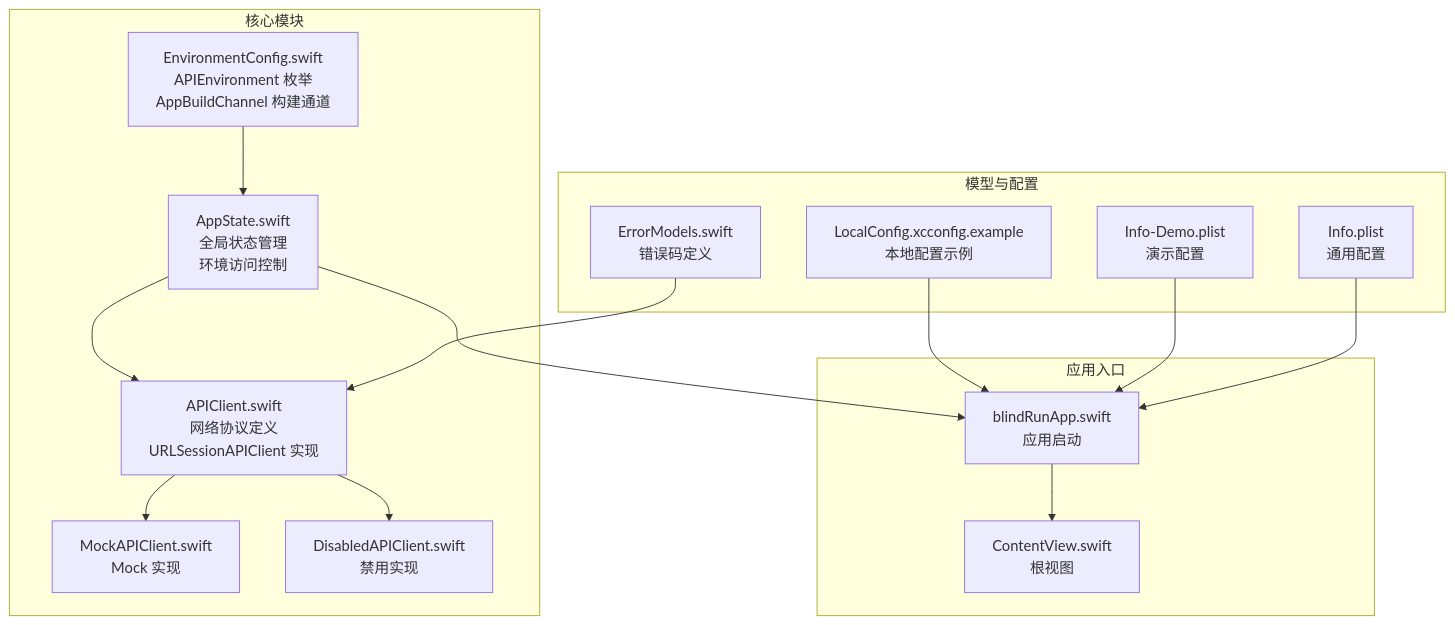
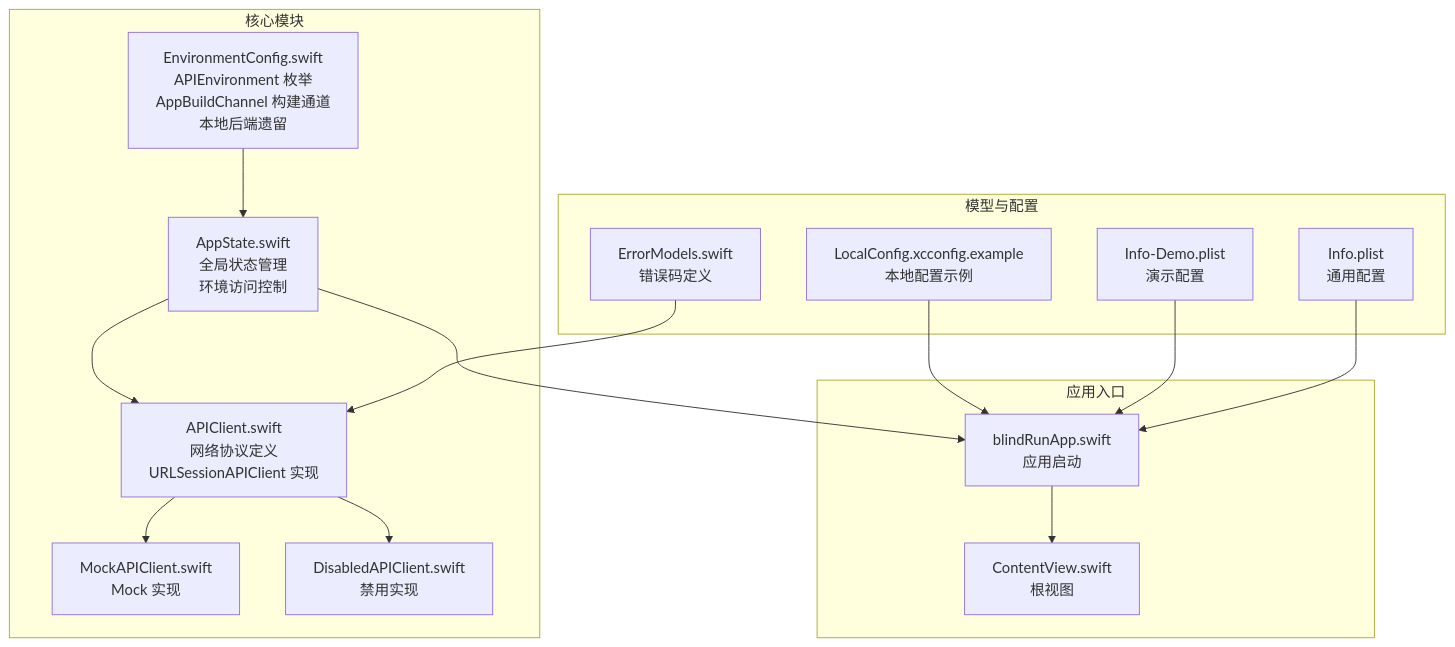
The first of 8 diagrams in .qoder/repowiki/zh/content/架构设计/API 环境配置.md (Jayden23018/blind-run-ios), drawn with Mermaid before and after one commit. The commit also changed other lines of this file and 11 other files, not shown here.

````diff
--- a/.qoder/repowiki/zh/content/架构设计/API 环境配置.md
+++ b/.qoder/repowiki/zh/content/架构设计/API 环境配置.md
@@ -49,30 +49,30 @@
 ```mermaid
 graph TB
 subgraph "核心模块"
-A["EnvironmentConfig.swift<br/>APIEnvironment 枚举<br/>AppBuildChannel 构建通道"]
+A["EnvironmentConfig.swift<br/>APIEnvironment 枚举<br/>AppBuildChannel 构建通道<br/>本地后端遗留"]
 B["AppState.swift<br/>全局状态管理<br/>环境访问控制"]
 C["APIClient.swift<br/>网络协议定义<br/>URLSessionAPIClient 实现"]
 D["MockAPIClient.swift<br/>Mock 实现"]
 E["DisabledAPIClient.swift<br/>禁用实现"]
 end
 subgraph "应用入口"
 F["blindRunApp.swift<br/>应用启动"]
 G["ContentView.swift<br/>根视图"]
 end
 subgraph "模型与配置"
 H["ErrorModels.swift<br/>错误码定义"]
 I["LocalConfig.xcconfig.example<br/>本地配置示例"]
 J["Info-Demo.plist<br/>演示配置"]
 K["Info.plist<br/>通用配置"]
 end
 A --> B
 B --> C
 C --> D
 C --> E
 F --> G
 B --> F
 H --> C
 I --> F
 J --> F
 K --> F
 ```
````
